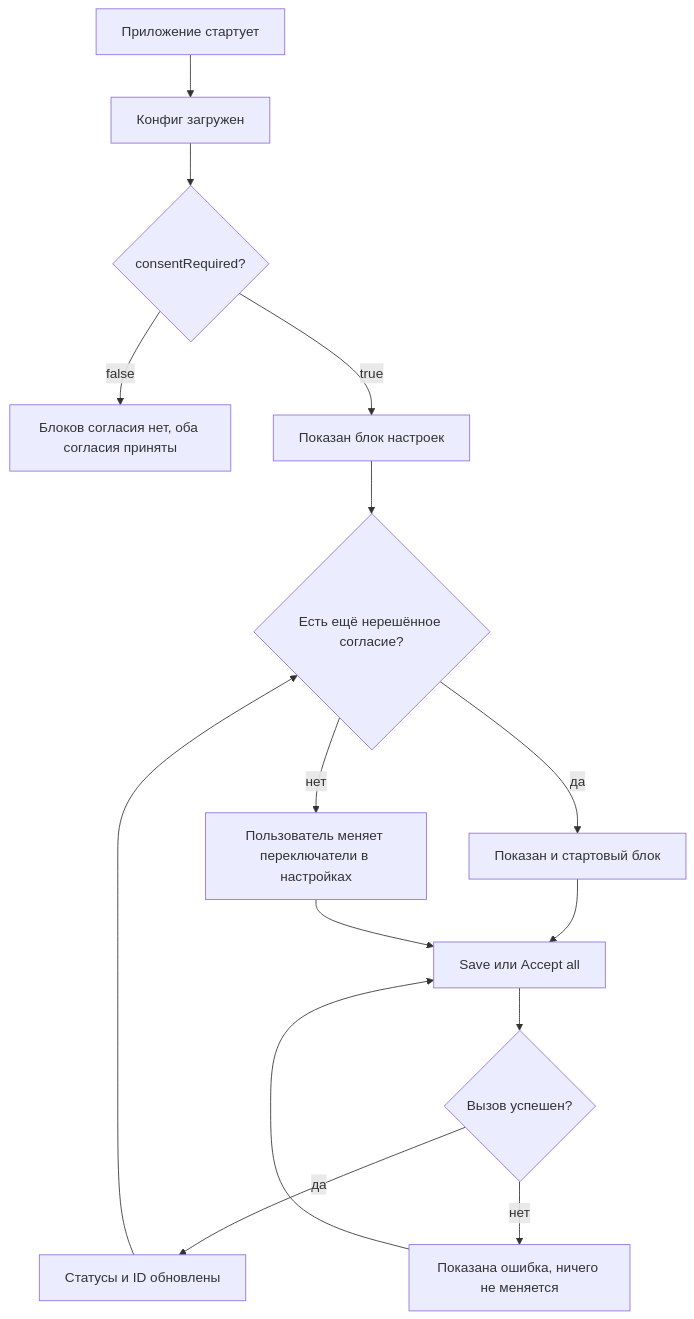
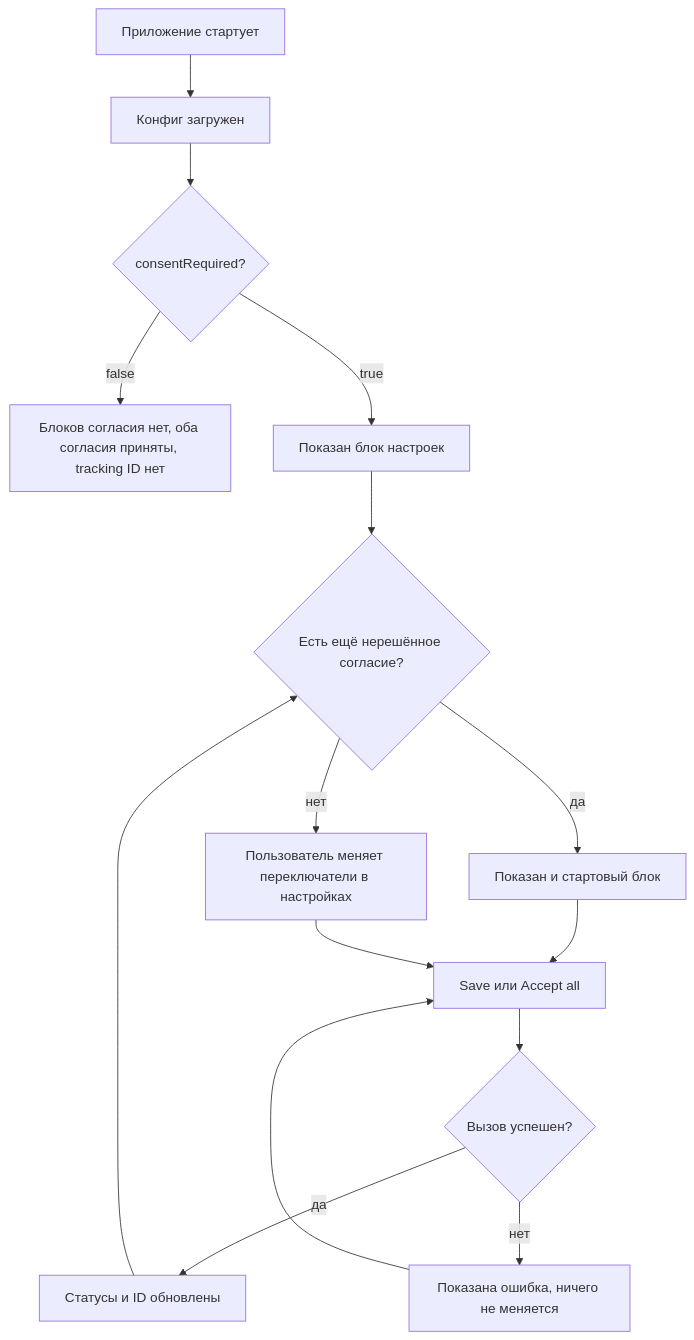
Before and after one commit to fedorovsky/docs: the diagram in playground/app/docs/features/identity-tracking-consent/ru/prd.md, drawn with Mermaid. The commit also changed other lines of this file and 10 other files, not shown here.

First line of the commit message:
Issue no tracking IDs when consentRequired is false

````diff
--- a/playground/app/docs/features/identity-tracking-consent/ru/prd.md
+++ b/playground/app/docs/features/identity-tracking-consent/ru/prd.md
@@ -50,17 +50,17 @@
 ```mermaid
 flowchart TD
   Start[Приложение стартует] --> Config[Конфиг загружен]
   Config --> Required{consentRequired?}
-  Required -- false --> Hidden[Блоков согласия нет, оба согласия приняты]
+  Required -- false --> Hidden[Блоков согласия нет, оба согласия приняты, tracking ID нет]
   Required -- true --> Settings[Показан блок настроек]
   Settings --> Undecided{Есть ещё нерешённое согласие?}
   Undecided -- да --> Initial[Показан и стартовый блок]
   Undecided -- нет --> Wait[Пользователь меняет переключатели в настройках]
   Initial --> Save[Save или Accept all]
   Wait --> Save
   Save --> Result{Вызов успешен?}
   Result -- да --> Updated[Статусы и ID обновлены]
   Result -- нет --> Error[Показана ошибка, ничего не меняется]
   Updated --> Undecided
   Error --> Save
 ```
````
